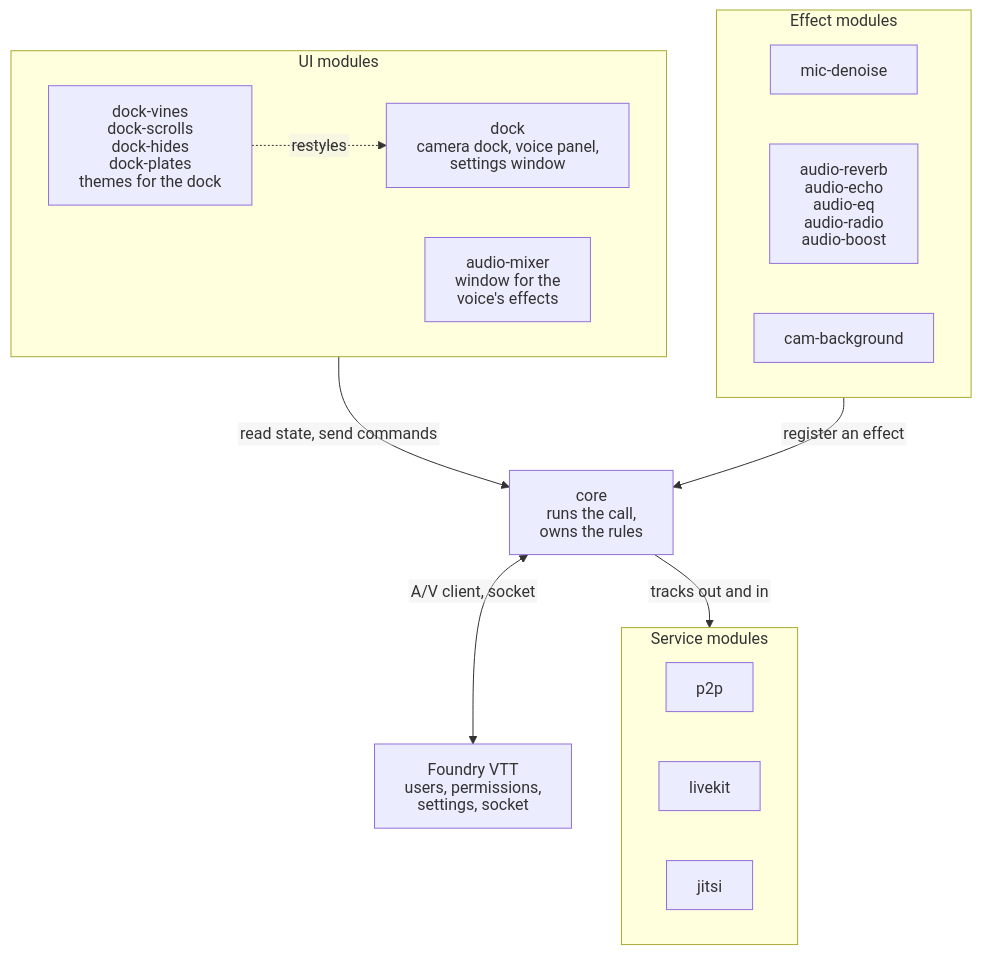
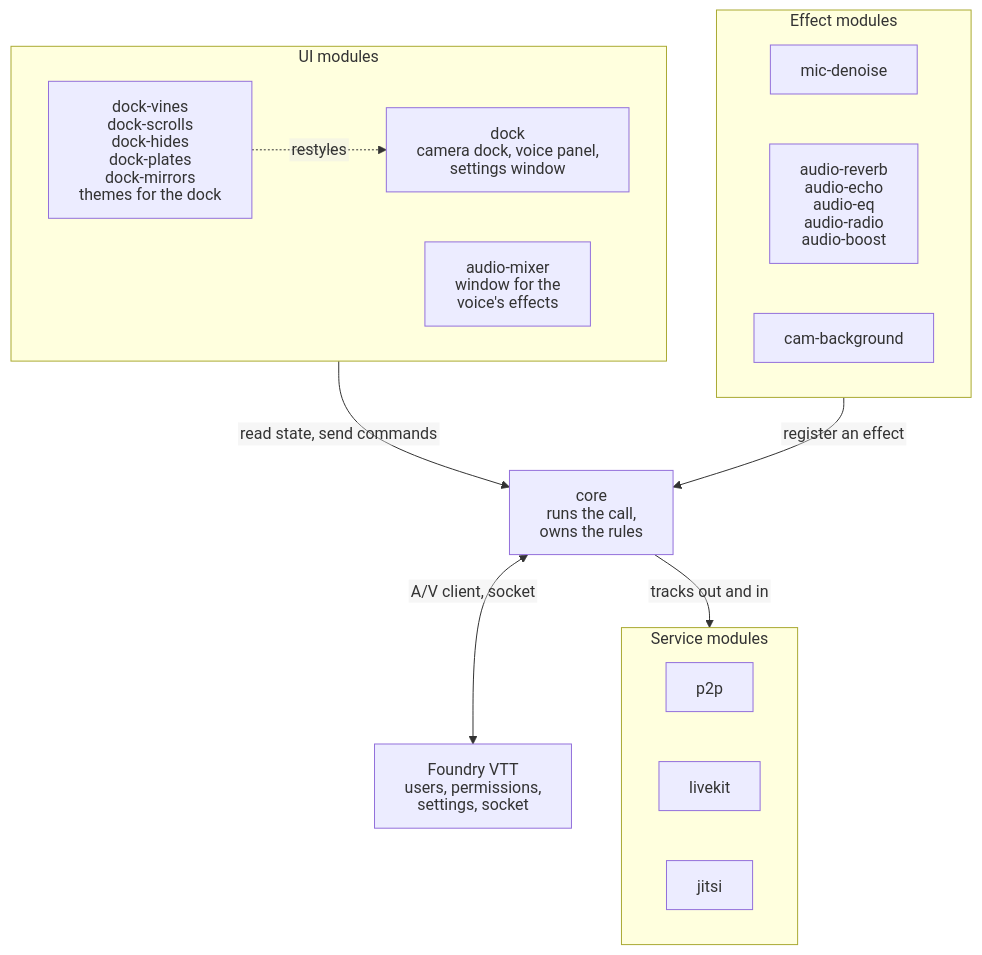
Before and after one commit to Affid/modular-av: the first of 5 diagrams in docs/ARCHITECTURE.md, drawn with Mermaid. The commit also changed other lines of this file and 86 other files, not shown here.

First line of the commit message:
feat(dock-mirrors): a fifth theme, Mirrors (a warlock's black mirror) (#47)

````diff
--- a/docs/ARCHITECTURE.md
+++ b/docs/ARCHITECTURE.md
@@ -11,31 +11,31 @@
 ```mermaid
 %%{init: {"htmlLabels": false, "flowchart": {"htmlLabels": false}}}%%
 flowchart TB
   subgraph ui["UI modules"]
     dock["dock<br/>camera dock, voice panel,<br/>settings window"]
     mixer["audio-mixer<br/>window for the<br/>voice's effects"]
-    theme["dock-vines<br/>dock-scrolls<br/>dock-hides<br/>dock-plates<br/>themes for the dock"]
+    theme["dock-vines<br/>dock-scrolls<br/>dock-hides<br/>dock-plates<br/>dock-mirrors<br/>themes for the dock"]
   end
 
   subgraph effects["Effect modules"]
     denoise["mic-denoise"]
     voice["audio-reverb<br/>audio-echo<br/>audio-eq<br/>audio-radio<br/>audio-boost"]
     cambg["cam-background"]
   end
 
   core["core<br/>runs the call,<br/>owns the rules"]
 
   subgraph services["Service modules"]
     p2p["p2p"]
     livekit["livekit"]
     jitsi["jitsi"]
   end
 
   foundry["Foundry VTT<br/>users, permissions,<br/>settings, socket"]
 
   ui -- "read state, send commands" --> core
   effects -- "register an effect" --> core
   core -- "tracks out and in" --> services
   core <-- "A/V client, socket" --> foundry
   theme -. "restyles" .-> dock
 ```
````
